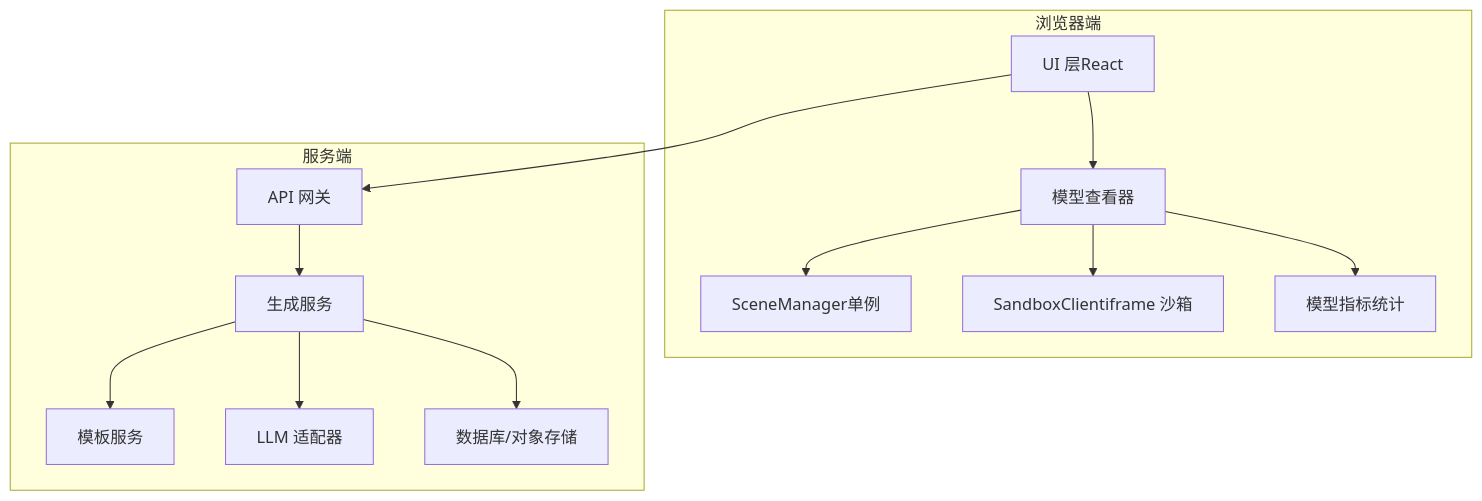
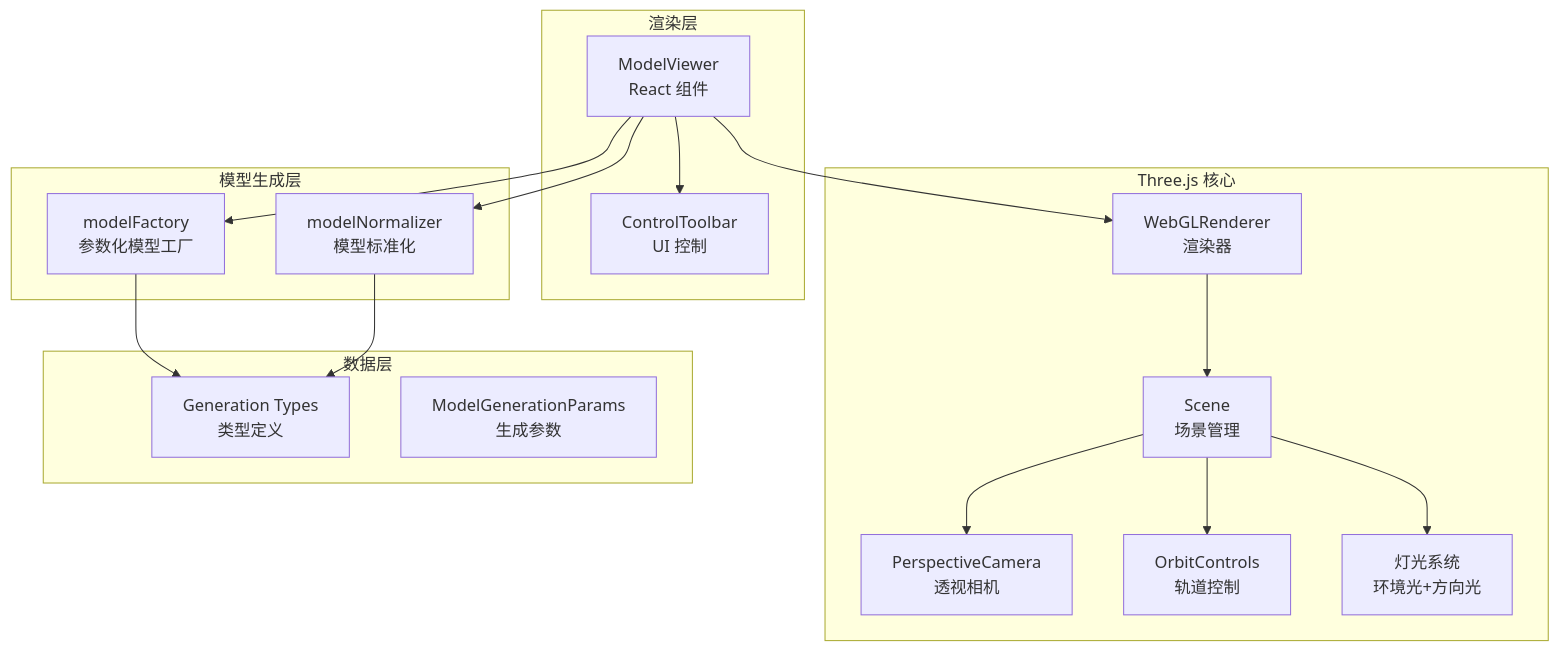
The first of 3 diagrams in .qoder/repowiki/zh/content/核心功能模块/3D 渲染系统.md (MrXujiang/ApexForge), drawn with Mermaid before and after one commit. The commit also changed other lines of this file and 84 other files, not shown here.

````diff
--- a/.qoder/repowiki/zh/content/核心功能模块/3D 渲染系统.md
+++ b/.qoder/repowiki/zh/content/核心功能模块/3D 渲染系统.md
@@ -27,26 +39,32 @@
 ```mermaid
 graph TB
-subgraph "浏览器端"
-UI["UI 层React"]
-VIEWER["模型查看器"]
-SCENE["SceneManager单例"]
-SANDBOX["SandboxClientiframe 沙箱"]
-METRICS["模型指标统计"]
+subgraph "渲染层"
+VIEWER["ModelViewer<br/>React 组件"]
+TOOLBAR["ControlToolbar<br/>UI 控制"]
 end
-subgraph "服务端"
-API["API 网关"]
-GEN["生成服务"]
-TPL["模板服务"]
-LLM["LLM 适配器"]
-DB["数据库/对象存储"]
+subgraph "模型生成层"
+FACTORY["modelFactory<br/>参数化模型工厂"]
+NORMALIZER["modelNormalizer<br/>模型标准化"]
 end
-UI --> VIEWER
-VIEWER --> SCENE
-VIEWER --> SANDBOX
-VIEWER --> METRICS
-UI --> API
-API --> GEN
-GEN --> TPL
-GEN --> LLM
-GEN --> DB
+subgraph "Three.js 核心"
+RENDERER["WebGLRenderer<br/>渲染器"]
+SCENE["Scene<br/>场景管理"]
+CAMERA["PerspectiveCamera<br/>透视相机"]
+CONTROLS["OrbitControls<br/>轨道控制"]
+LIGHTS["灯光系统<br/>环境光+方向光"]
+end
+subgraph "数据层"
+TYPES["Generation Types<br/>类型定义"]
+PARAMS["ModelGenerationParams<br/>生成参数"]
+end
+VIEWER --> FACTORY
+VIEWER --> NORMALIZER
+VIEWER --> TOOLBAR
+FACTORY --> TYPES
+NORMALIZER --> TYPES
+VIEWER --> RENDERER
+RENDERER --> SCENE
+SCENE --> CAMERA
+SCENE --> CONTROLS
+SCENE --> LIGHTS
 ```
````
